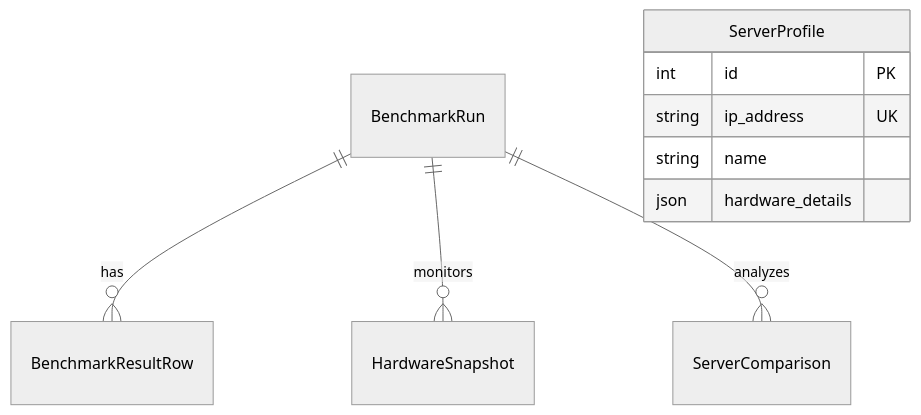
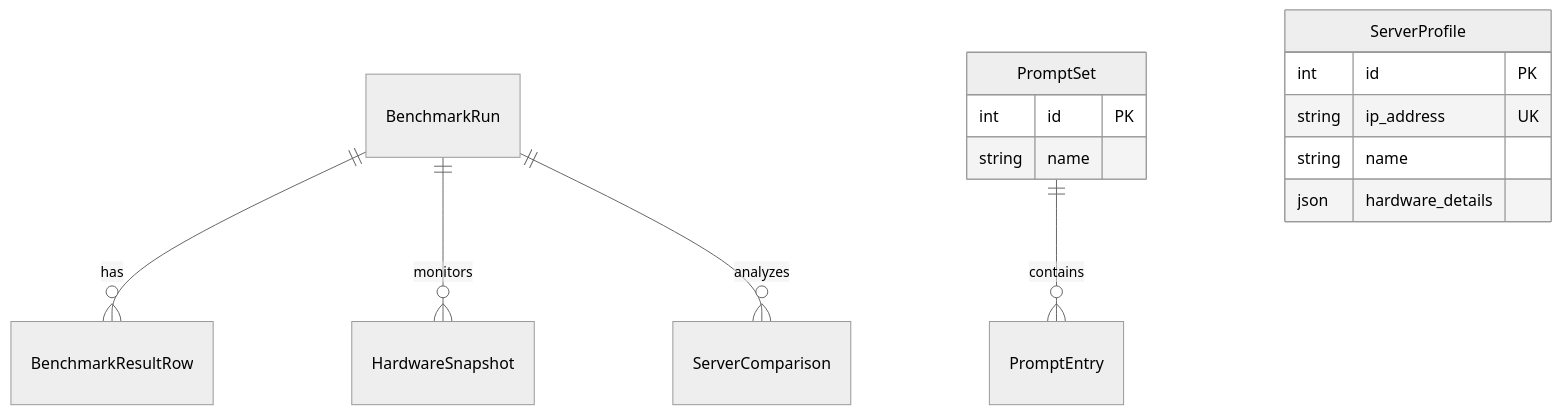
The second of 3 diagrams in CODE_STRUCTURE.md (MrPhuocTan/aidaptive-benchmark), drawn with Mermaid (neutral theme) before and after one commit. The commit also changed 1 other file, not shown here.

Commit message:
docs: update CODE_STRUCTURE.md and readme.md for prompt sets and installation

````diff
--- a/CODE_STRUCTURE.md
+++ b/CODE_STRUCTURE.md
@@ -149,12 +149,17 @@
 ```mermaid
 erDiagram
     BenchmarkRun ||--o{ BenchmarkResultRow : "has"
     BenchmarkRun ||--o{ HardwareSnapshot : "monitors"
     BenchmarkRun ||--o{ ServerComparison : "analyzes"
+    PromptSet ||--o{ PromptEntry : "contains"
     ServerProfile {
         int id PK
         string ip_address UK
         string name
         json hardware_details
     }
+    PromptSet {
+        int id PK
+        string name
+    }
 ```
````
